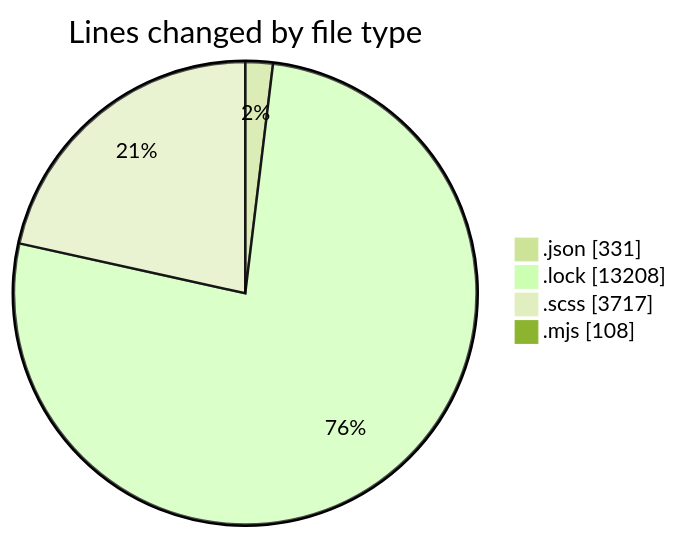
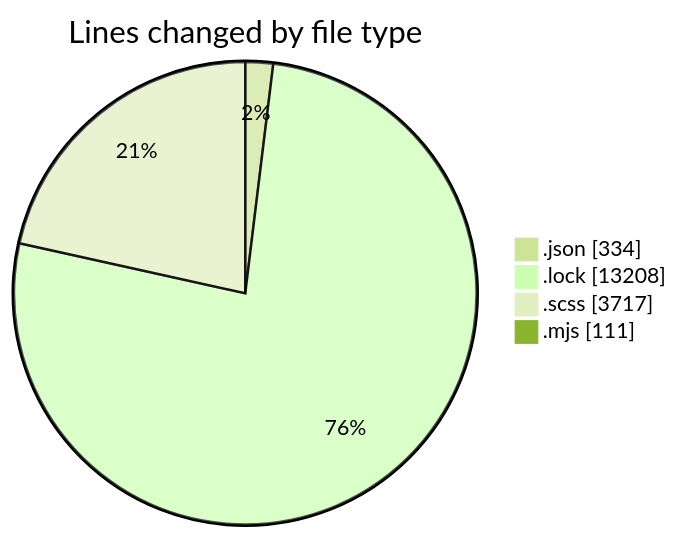
Before and after one commit to momahboobian/code-tracking: the first of 2 diagrams in 2026-01-26/cda/README.md, drawn with Mermaid (forest theme). The commit also changed other lines of this file and 1 other file, not shown here.

````diff
--- a/2026-01-26/cda/README.md
+++ b/2026-01-26/cda/README.md
@@ -29,8 +29,8 @@
 ```mermaid
 pie showData
 title Lines changed by file type
-".json" : 331
+".json" : 334
 ".lock" : 13208
 ".scss" : 3717
-".mjs" : 108
+".mjs" : 111
 ```
````
